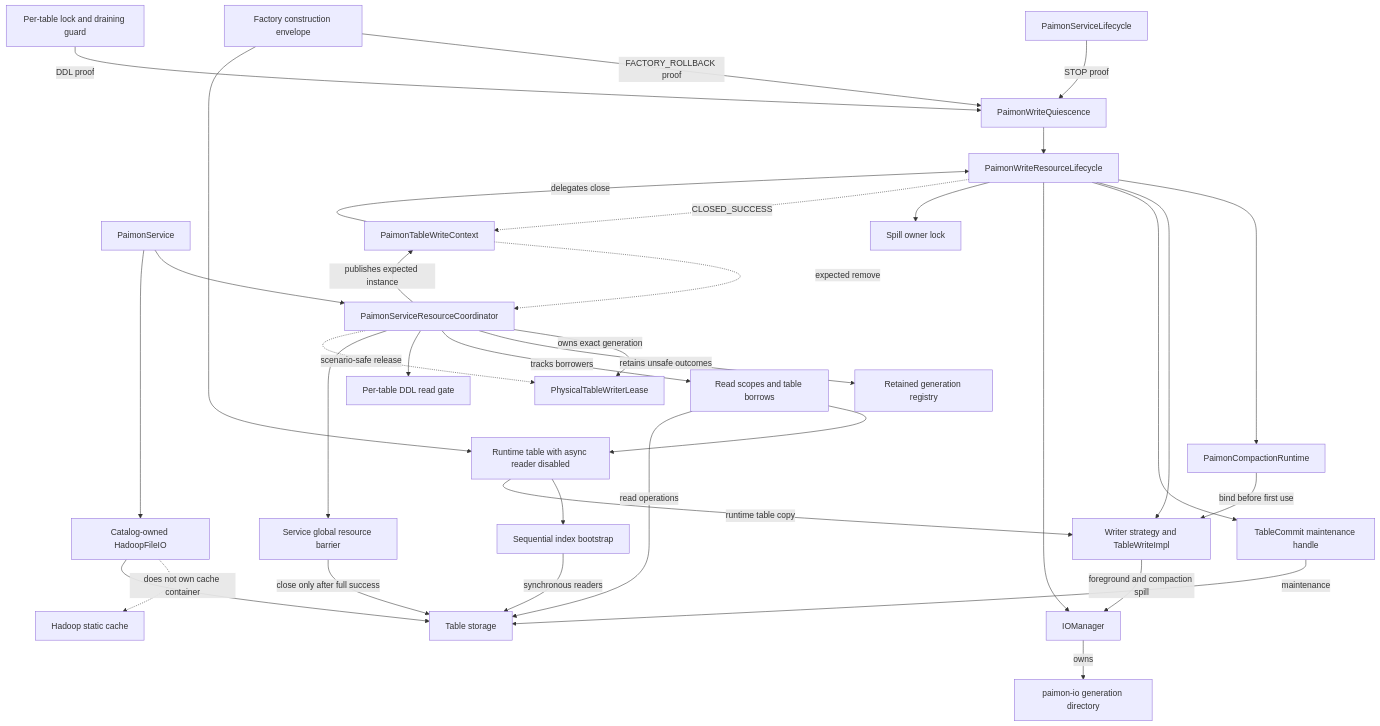
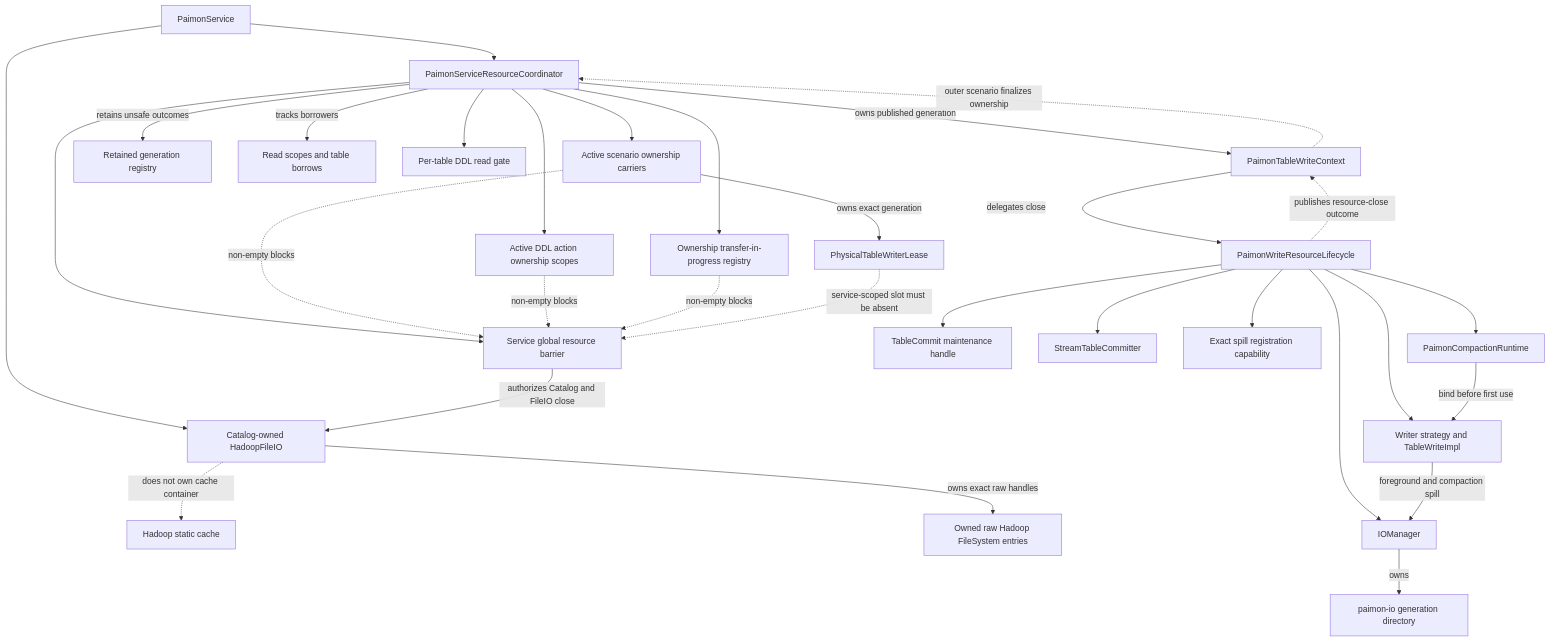
Before and after one commit to czy006/tapdata-connectors: the third of 7 diagrams in connectors/paimon-plus-connector/src/doc/paimon-spill-compaction-lifecycle-root-fix-spec.md, drawn with Mermaid. The commit also changed other lines of this file and 10 other files, not shown here.

Commit message:
docs(paimon): make lifecycle architecture portable and exact

````diff
--- a/connectors/paimon-plus-connector/src/doc/paimon-spill-compaction-lifecycle-root-fix-spec.md
+++ b/connectors/paimon-plus-connector/src/doc/paimon-spill-compaction-lifecycle-root-fix-spec.md
@@ -770,42 +781,37 @@
 ```mermaid
 graph TD
-    SL["PaimonServiceLifecycle"] -->|STOP proof| Q["PaimonWriteQuiescence"]
-    TL["Per-table lock and draining guard"] -->|DDL proof| Q
-    CG["Factory construction envelope"] -->|FACTORY_ROLLBACK proof| Q
-
     S["PaimonService"] --> RC["PaimonServiceResourceCoordinator"]
-    RC -->|owns exact generation| L["PhysicalTableWriterLease"]
-    RC -->|publishes expected instance| C["PaimonTableWriteContext"]
+    RC --> OC["Active scenario ownership carriers"]
+    OC -->|owns exact generation| L["PhysicalTableWriterLease"]
+    RC -->|owns published generation| C["PaimonTableWriteContext"]
     RC -->|retains unsafe outcomes| RR["Retained generation registry"]
+    RC --> DA["Active DDL action ownership scopes"]
+    RC --> TX["Ownership transfer-in-progress registry"]
     RC -->|tracks borrowers| RS["Read scopes and table borrows"]
     RC --> TG["Per-table DDL read gate"]
     RC --> GB["Service global resource barrier"]
 
     S --> HF["Catalog-owned HadoopFileIO"]
     HF -.->|does not own cache container| HC["Hadoop static cache"]
-    CG --> RT["Runtime table with async reader disabled"]
-    RS --> RT
-    RT --> KB["Sequential index bootstrap"]
+    HF -->|owns exact raw handles| RH["Owned raw Hadoop FileSystem entries"]
     C -->|delegates close| R["PaimonWriteResourceLifecycle"]
-    Q --> R
 
     R --> CR["PaimonCompactionRuntime"]
     R --> W["Writer strategy and TableWriteImpl"]
     R --> M["TableCommit maintenance handle"]
+    R --> CM["StreamTableCommitter"]
     R --> IO["IOManager"]
-    R --> SP["Spill owner lock"]
+    R --> SP["Exact spill registration capability"]
 
     CR -->|bind before first use| W
-    RT -->|runtime table copy| W
     W -->|foreground and compaction spill| IO
-    M -->|maintenance| TS["Table storage"]
-    KB -->|synchronous readers| TS
-    GB -->|close only after full success| TS
-    HF --> TS
-    RS -->|read operations| TS
+    OC -.->|non-empty blocks| GB
+    DA -.->|non-empty blocks| GB
+    TX -.->|non-empty blocks| GB
+    L -.->|service-scoped slot must be absent| GB
+    GB -->|authorizes Catalog and FileIO close| HF
     IO -->|owns| D["paimon-io generation directory"]
 
-    R -.->|CLOSED_SUCCESS| C
-    C -.->|expected remove| RC
-    RC -.->|scenario-safe release| L
+    R -.->|publishes resource-close outcome| C
+    C -.->|outer scenario finalizes ownership| RC
 ```
````
